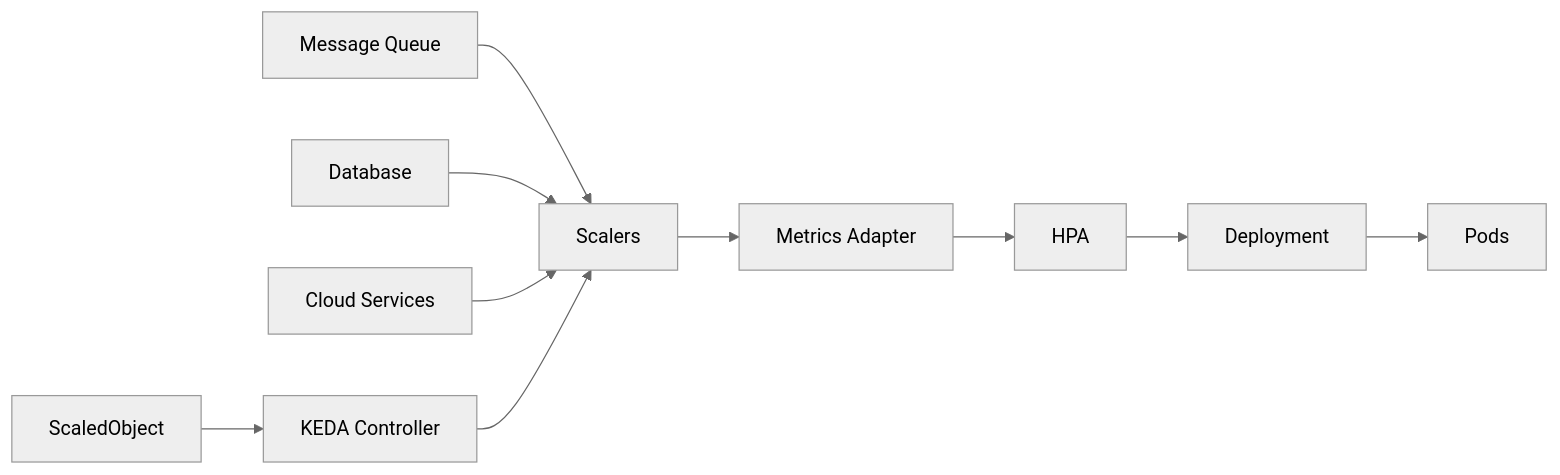
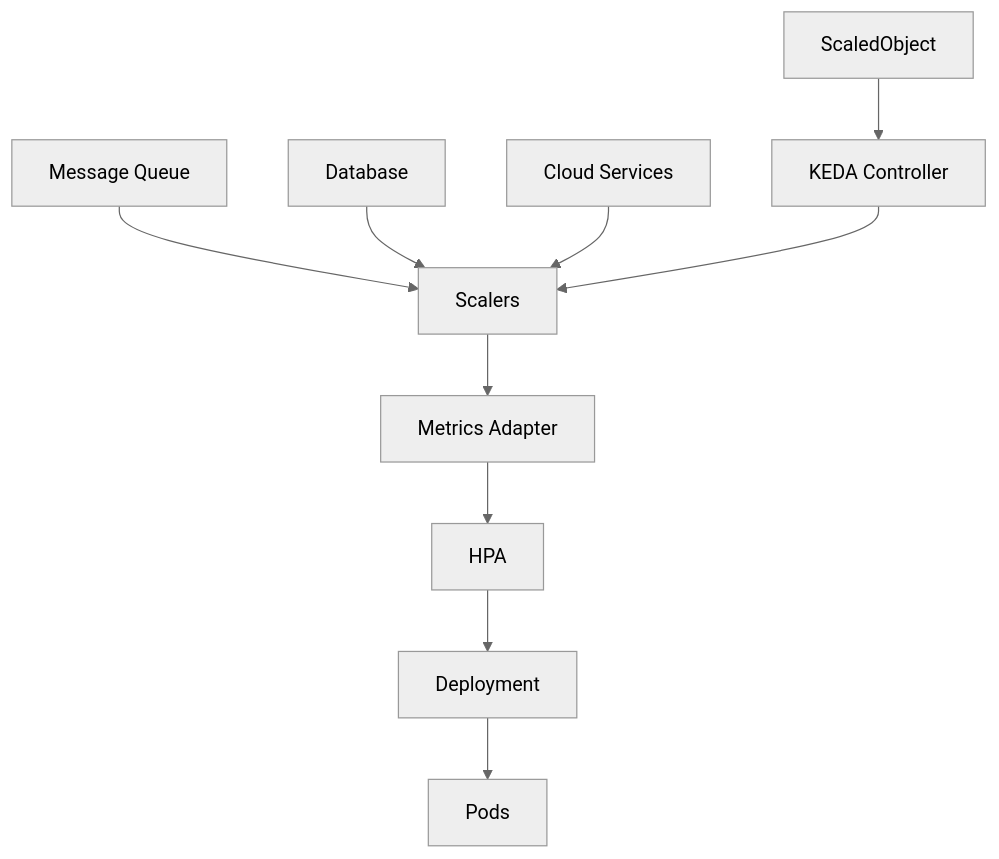
Diagram 30 of 33 in README.md (jayeshjd555/Kubernetes), drawn with Mermaid (neutral theme) before and after one commit. The commit also changed other lines of this file, not shown here.

````diff
--- a/README.md
+++ b/README.md
@@ -11293,12 +11293,12 @@
 ```mermaid
-graph LR
-    A[Message Queue] --> B[Scalers]
-    C[Database] --> B
-    D[Cloud Services] --> B
-    B --> E[Metrics Adapter]
-    F[ScaledObject] --> G[KEDA Controller]
-    G --> B
-    E --> H[HPA]
-    H --> I[Deployment]
-    I --> J[Pods]
+graph TB
+    QUEUE[Message Queue] --> SCALER[Scalers]
+    DB[Database] --> SCALER
+    CLOUD[Cloud Services] --> SCALER
+    SCALER --> MA[Metrics Adapter]
+    SO[ScaledObject] --> KEDA[KEDA Controller]
+    KEDA --> SCALER
+    MA --> HPA[HPA]
+    HPA --> DEP[Deployment]
+    DEP --> PODS[Pods]
 ```
````
